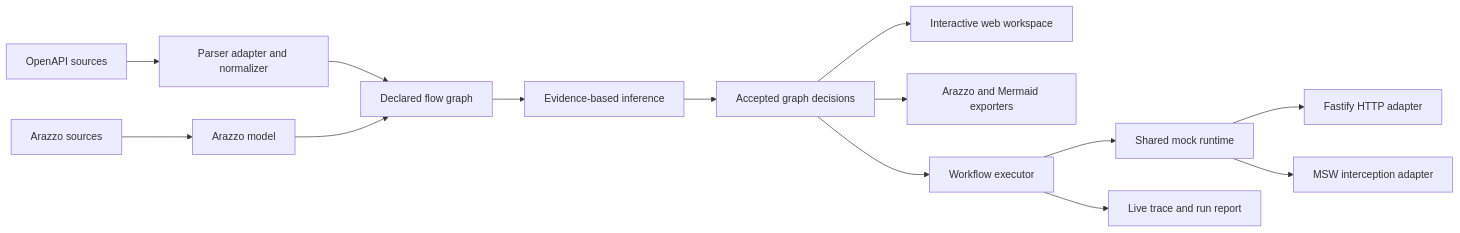
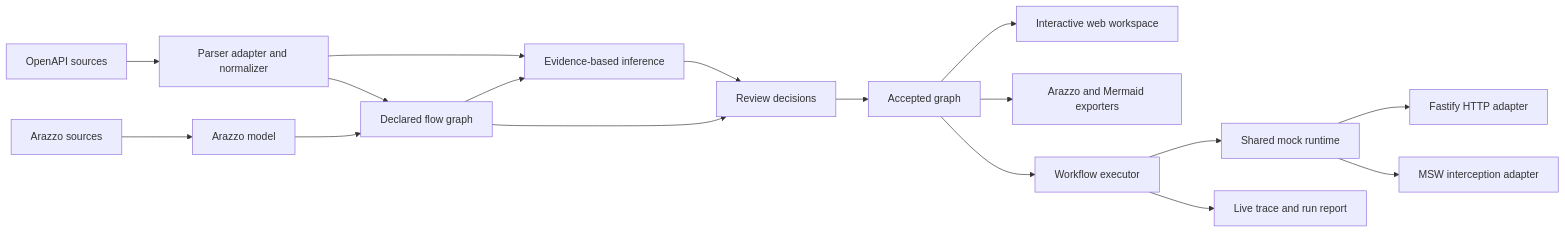
Before and after one commit to eric861129/API-Schema-Flow: the diagram in README.md, drawn with Mermaid. The commit also changed other lines of this file and 44 other files, not shown here.

First line of the commit message:
feat: add M2-C evidence-based inference core

````diff
--- a/README.md
+++ b/README.md
@@ -153,16 +177,19 @@
 ```mermaid
 flowchart LR
     OA[OpenAPI sources] --> ING[Parser adapter and normalizer]
     AR[Arazzo sources] --> WF[Arazzo model]
     ING --> FLOW[Declared flow graph]
     WF --> FLOW
-    FLOW --> INF[Evidence-based inference]
-    INF --> REVIEW[Accepted graph decisions]
-    REVIEW --> UI[Interactive web workspace]
-    REVIEW --> EXP[Arazzo and Mermaid exporters]
-    REVIEW --> RUN[Workflow executor]
+    ING --> INF[Evidence-based inference]
+    FLOW --> INF
+    INF --> REVIEW[Review decisions]
+    FLOW --> REVIEW
+    REVIEW --> GRAPH[Accepted graph]
+    GRAPH --> UI[Interactive web workspace]
+    GRAPH --> EXP[Arazzo and Mermaid exporters]
+    GRAPH --> RUN[Workflow executor]
     RUN --> RT[Shared mock runtime]
     RT --> FAST[Fastify HTTP adapter]
     RT --> MSW[MSW interception adapter]
     RUN --> TRACE[Live trace and run report]
 ```
````
